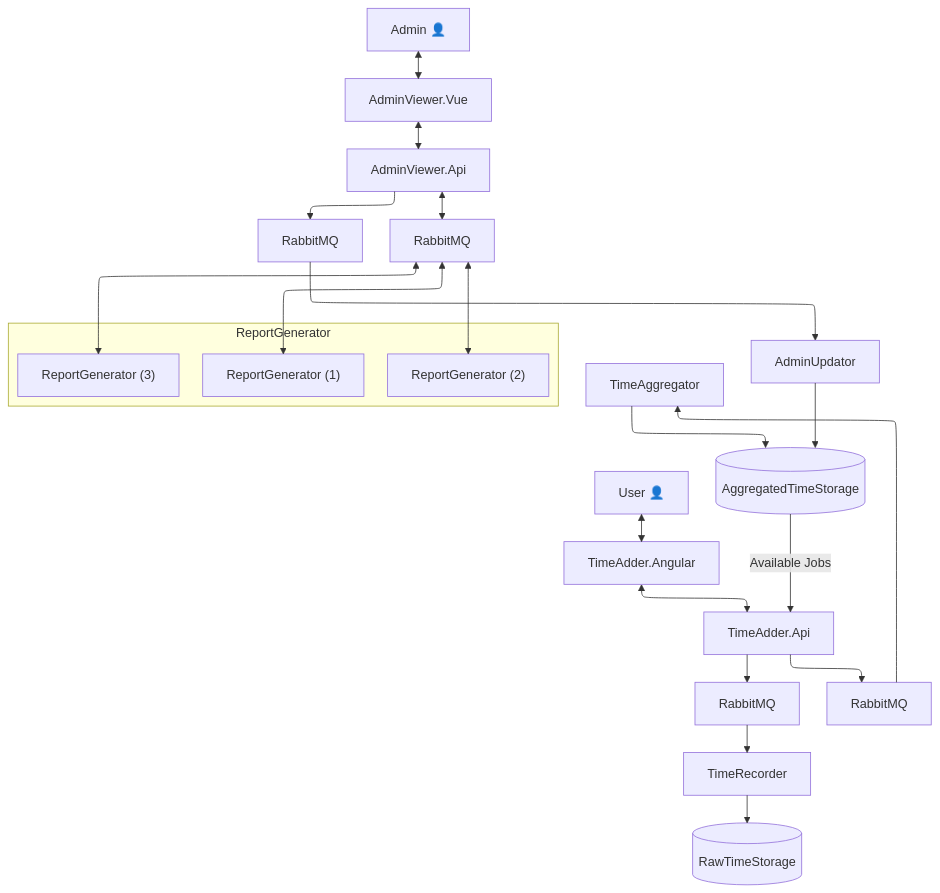
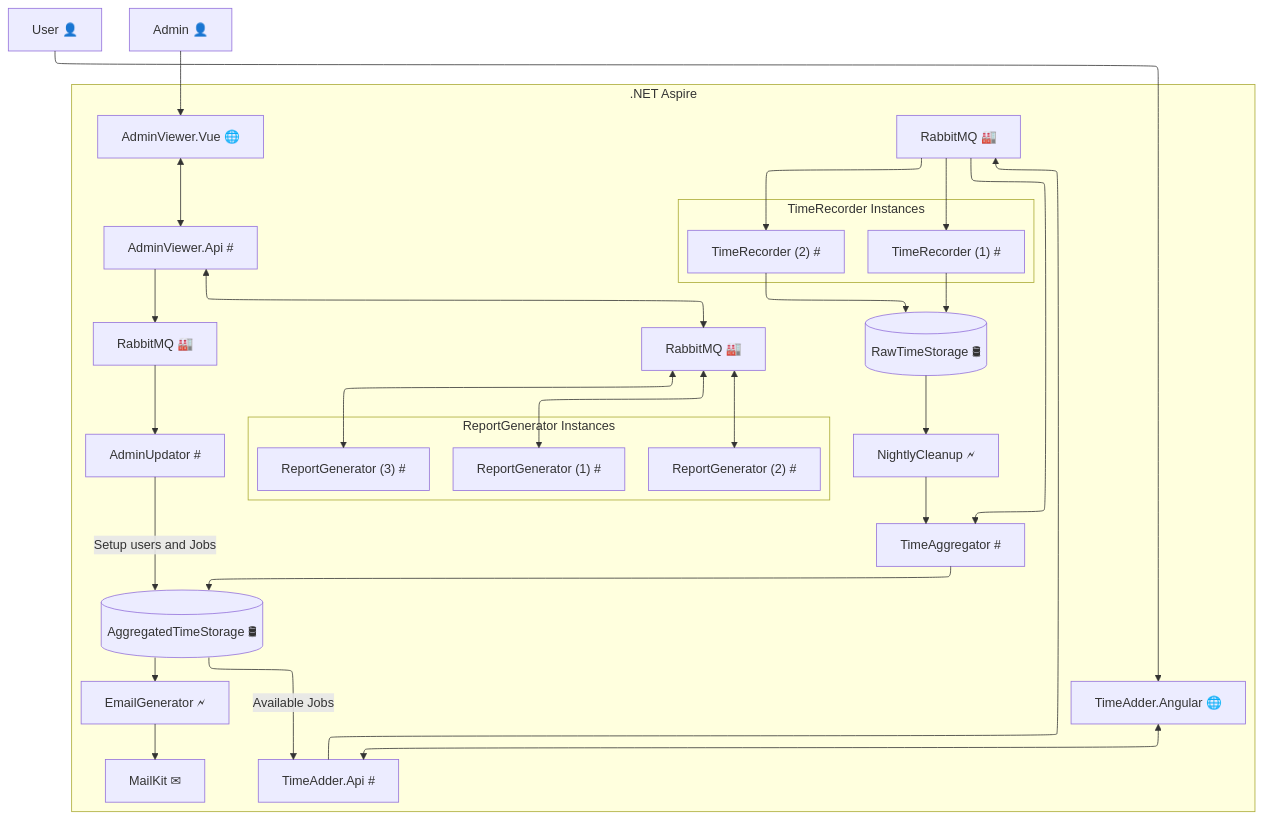
The diagram in README.md (jonathantwite/Timesheets), drawn with Mermaid before and after one commit. The commit also changed other lines of this file, not shown here.

````diff
--- a/README.md
+++ b/README.md
@@ -5,31 +5,50 @@
 ```mermaid
 %%{init: {"flowchart": {"defaultRenderer": "elk"}} }%%
 graph TD
-u1["User 👤"] <--> TimeAdder.Angular
-TimeAdder.Angular <--> TimeAdder.Api
-TimeAdder.Api --> r1[RabbitMQ]
-r1 --> TimeRecorder
-TimeAdder.Api --> r2[RabbitMQ]
-r2 --> TimeAggregator
-TimeRecorder --> db1[(RawTimeStorage)]
-TimeAggregator --> db2[(AggregatedTimeStorage)]
 
-u2["Admin 👤"] <--> AdminViewer.Vue
-AdminViewer.Vue <--> AdminViewer.Api
-AdminViewer.Api --> r3[RabbitMQ]
-r3 --> AdminUpdator
-AdminUpdator --> db2
+subgraph ".NET Aspire"
 
-db2 --> |Available Jobs| TimeAdder.Api
+uweb1["TimeAdder.Angular 🌐"] <--> uapi1["TimeAdder.Api #"]
+uapi1 --> ur1["RabbitMQ 🏭"]
 
-subgraph ReportGenerator
-    rg1["ReportGenerator (1)"]
-    rg2["ReportGenerator (2)"]
-    rg3["ReportGenerator (3)"]
+subgraph "TimeRecorder Instances"
+    app1a["TimeRecorder (1) #"]
+    app1b["TimeRecorder (2) #"]
 end
 
-AdminViewer.Api <--> RabbitMQ
-RabbitMQ <--> rg1
-RabbitMQ <--> rg2
-RabbitMQ <--> rg3
+ur1 --> app1a
+ur1 --> app1b
+ur1 -----> app2["TimeAggregator #"]
+
+app1a --> db1[("RawTimeStorage 🛢")]
+app1b --> db1[("RawTimeStorage 🛢")]
+app2 --> db2[("AggregatedTimeStorage 🛢")]
+
+aweb1["AdminViewer.Vue 🌐"] <--> aapi1["AdminViewer.Api #"]
+aapi1 --> ar1["RabbitMQ 🏭"]
+ar1 --> app3["AdminUpdator #"]
+app3 -----> |Setup users and Jobs| db2
+
+db2 --> |Available Jobs| uapi1
+
+subgraph "ReportGenerator Instances"
+    rg1["ReportGenerator (1) #"]
+    rg2["ReportGenerator (2) #"]
+    rg3["ReportGenerator (3) #"]
+end
+
+aapi1 <--> r3["RabbitMQ 🏭"]
+r3 <--> rg1
+r3 <--> rg2
+r3 <--> rg3
+
+db2 --> fa1["EmailGenerator 🗲"]
+fa1 --> m1["MailKit ✉"]
+
+db1 --> fa2["NightlyCleanup 🗲"]
+fa2 --> app2
+
+end
+u1["User 👤"] --> uweb1
+u2["Admin 👤"] --> aweb1
 ```
````
